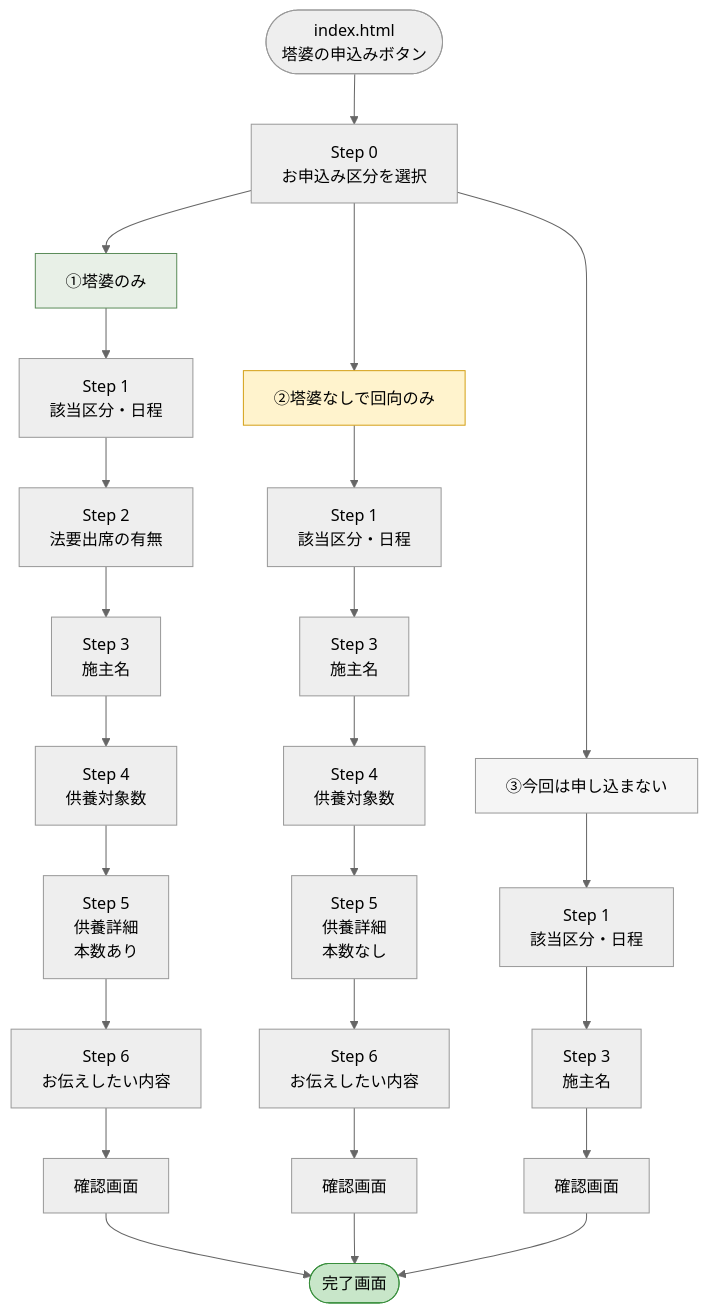
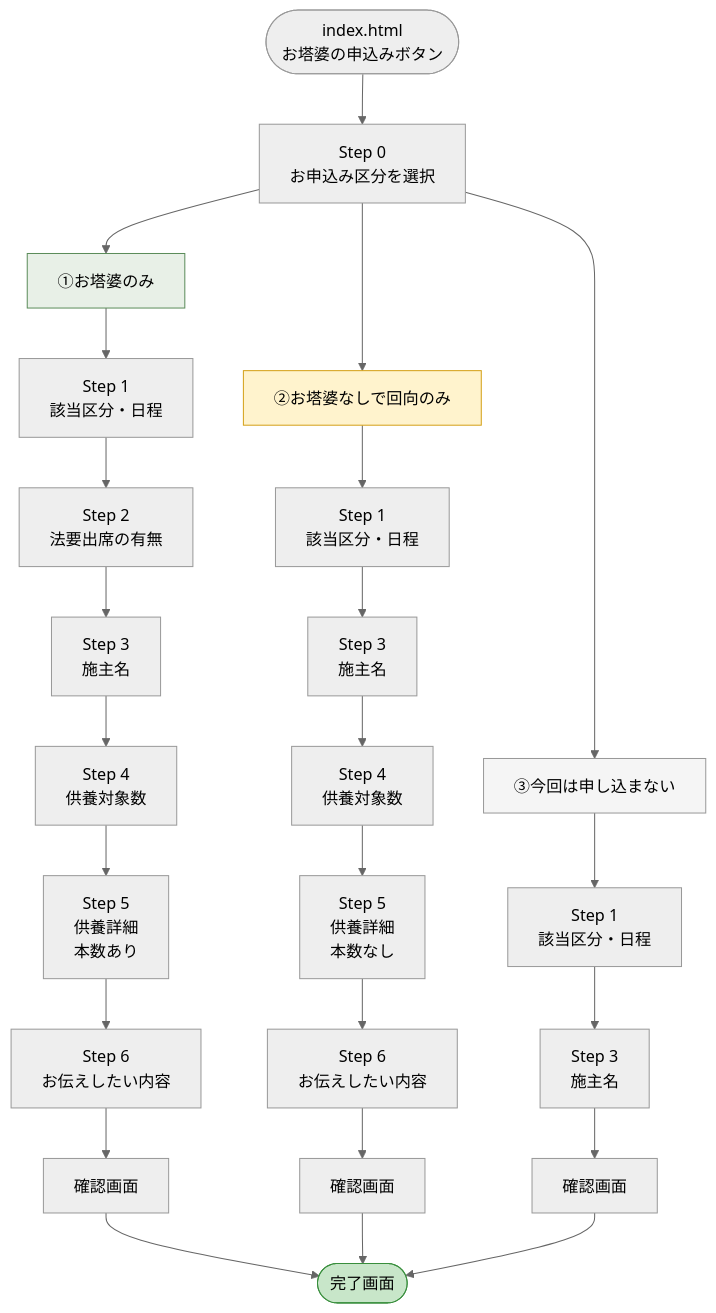
The diagram in shoraku-ji/flow-map.md (haz-syuu-go/Syuu-go-line-pages), drawn with Mermaid (neutral theme) before and after one commit. The commit also changed other lines of this file and 3 other files, not shown here.

````diff
--- a/shoraku-ji/flow-map.md
+++ b/shoraku-ji/flow-map.md
@@ -5,36 +5,36 @@
 ```mermaid
 flowchart TD
-    Start([index.html<br/>塔婆の申込みボタン]) --> Step0[Step 0<br/>お申込み区分を選択]
+    Start([index.html<br/>お塔婆の申込みボタン]) --> Step0[Step 0<br/>お申込み区分を選択]
 
-    Step0 --> Toba[①塔婆のみ]
-    Step0 --> Eko[②塔婆なしで回向のみ]
+    Step0 --> Toba[①お塔婆のみ]
+    Step0 --> Eko[②お塔婆なしで回向のみ]
     Step0 --> None[③今回は申し込まない]
 
     Toba --> S1T[Step 1<br/>該当区分・日程]
     S1T --> S2T[Step 2<br/>法要出席の有無]
     S2T --> S3T[Step 3<br/>施主名]
     S3T --> S4T[Step 4<br/>供養対象数]
     S4T --> S5T[Step 5<br/>供養詳細<br/>本数あり]
     S5T --> S6T[Step 6<br/>お伝えしたい内容]
     S6T --> ConfirmT[確認画面]
 
     Eko --> S1E[Step 1<br/>該当区分・日程]
     S1E --> S3E[Step 3<br/>施主名]
     S3E --> S4E[Step 4<br/>供養対象数]
     S4E --> S5E[Step 5<br/>供養詳細<br/>本数なし]
     S5E --> S6E[Step 6<br/>お伝えしたい内容]
     S6E --> ConfirmE[確認画面]
 
     None --> S1N[Step 1<br/>該当区分・日程]
     S1N --> S3N[Step 3<br/>施主名]
     S3N --> ConfirmN[確認画面]
 
     ConfirmT --> Complete([完了画面])
     ConfirmE --> Complete
     ConfirmN --> Complete
 
     style Toba fill:#E8F0E7,stroke:#5B8C5A
     style Eko fill:#FFF3CD,stroke:#D4A017
     style None fill:#F5F5F5,stroke:#999
     style Complete fill:#C8E6C9,stroke:#388E3C
 ```
````
